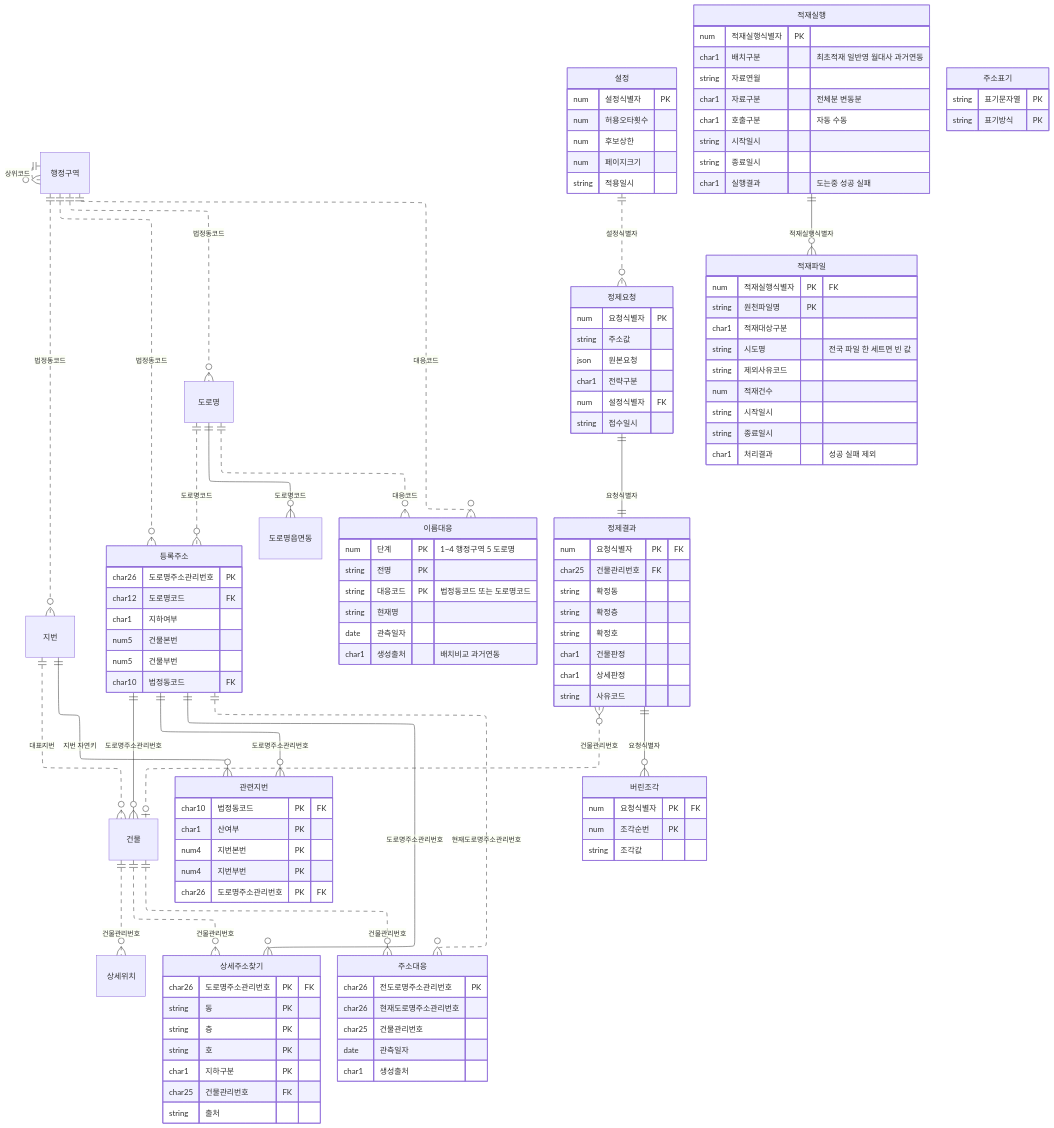
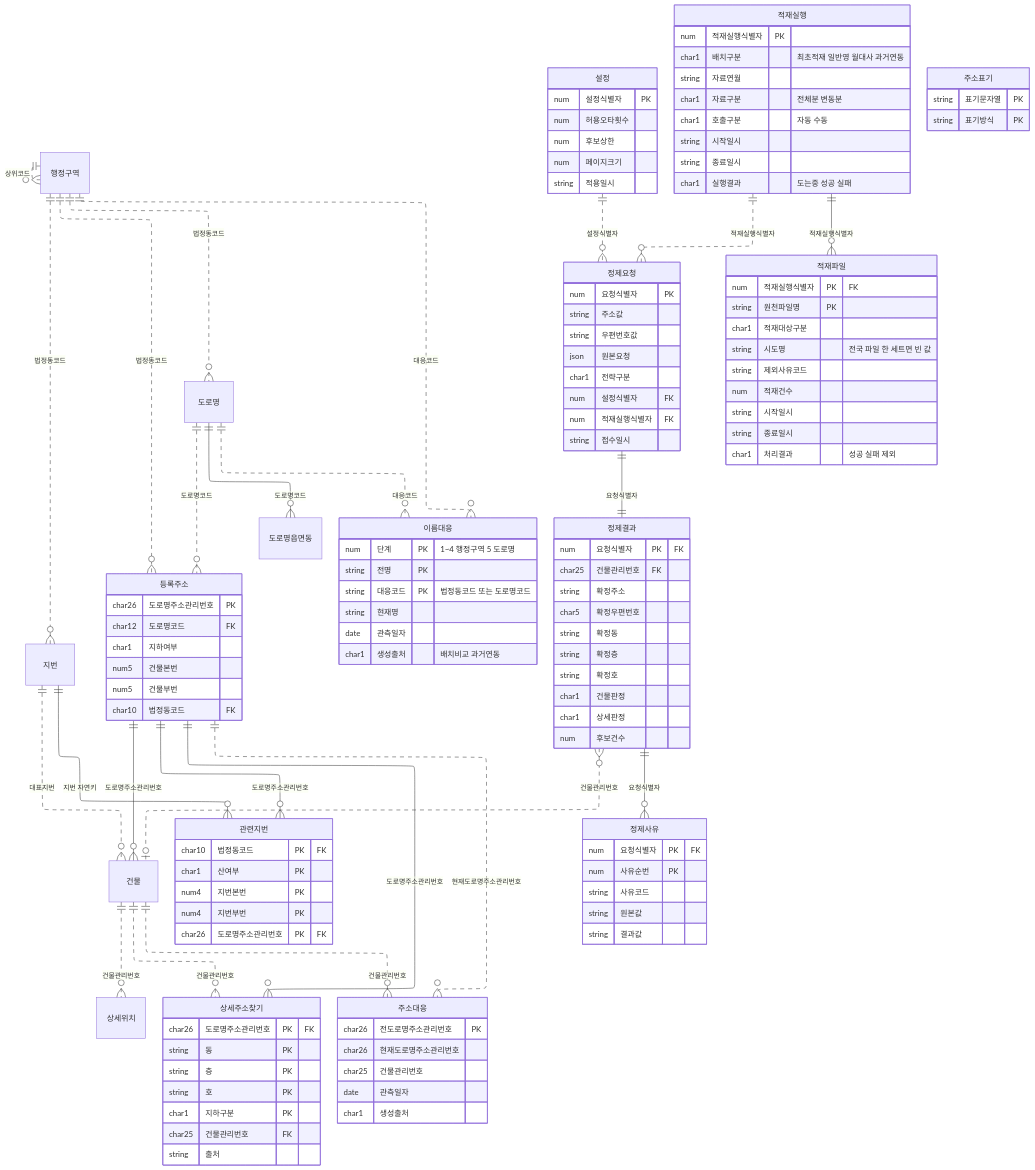
The second of 3 diagrams in design/02-data-model.md (buss-sooin/address-refine-diagnostics), drawn with Mermaid before and after one commit. The commit also changed other lines of this file and 6 other files, not shown here.

```diff
--- a/design/02-data-model.md
+++ b/design/02-data-model.md
@@ -487,8 +498,9 @@
     건물       ||..o{ 주소대응     : "건물관리번호"
 
     설정       ||..o{ 정제요청     : "설정식별자"
+    적재실행   ||..o{ 정제요청     : "적재실행식별자"
     정제요청   ||--|| 정제결과     : "요청식별자"
-    정제결과   ||--o{ 버린조각     : "요청식별자"
+    정제결과   ||--o{ 정제사유     : "요청식별자"
     정제결과   }o..o| 건물         : "건물관리번호"
 
     적재실행   ||--o{ 적재파일     : "적재실행식별자"
@@ -546,25 +558,31 @@
     정제요청 {
         num    요청식별자 PK
         string 주소값
+        string 우편번호값
         json   원본요청
         char1  전략구분
         num    설정식별자 FK
+        num    적재실행식별자 FK
         string 접수일시
     }
     정제결과 {
         num    요청식별자 PK "FK"
         char25 건물관리번호 FK
+        string 확정주소
+        char5  확정우편번호
         string 확정동
         string 확정층
         string 확정호
         char1  건물판정
         char1  상세판정
+        num    후보건수
+    }
+    정제사유 {
+        num    요청식별자 PK "FK"
+        num    사유순번 PK
         string 사유코드
-    }
-    버린조각 {
-        num    요청식별자 PK "FK"
-        num    조각순번 PK
-        string 조각값
+        string 원본값
+        string 결과값
     }
     적재실행 {
         num    적재실행식별자 PK
```
